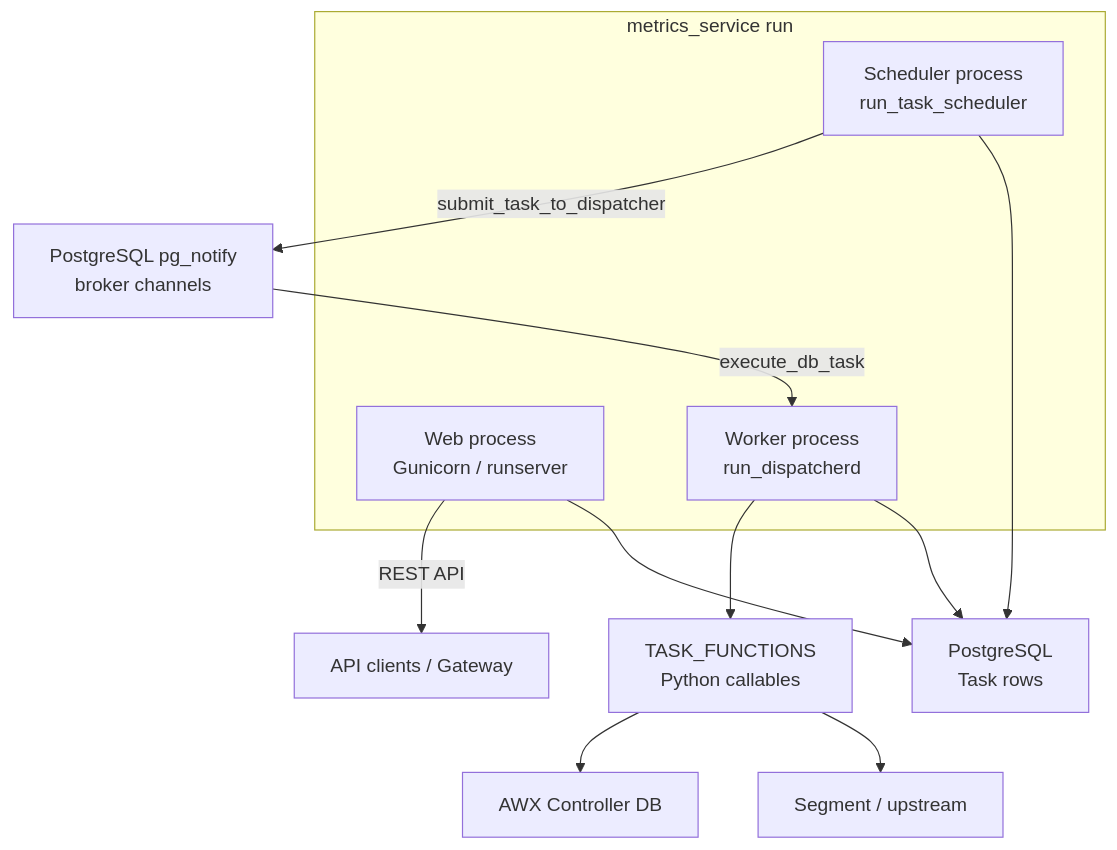
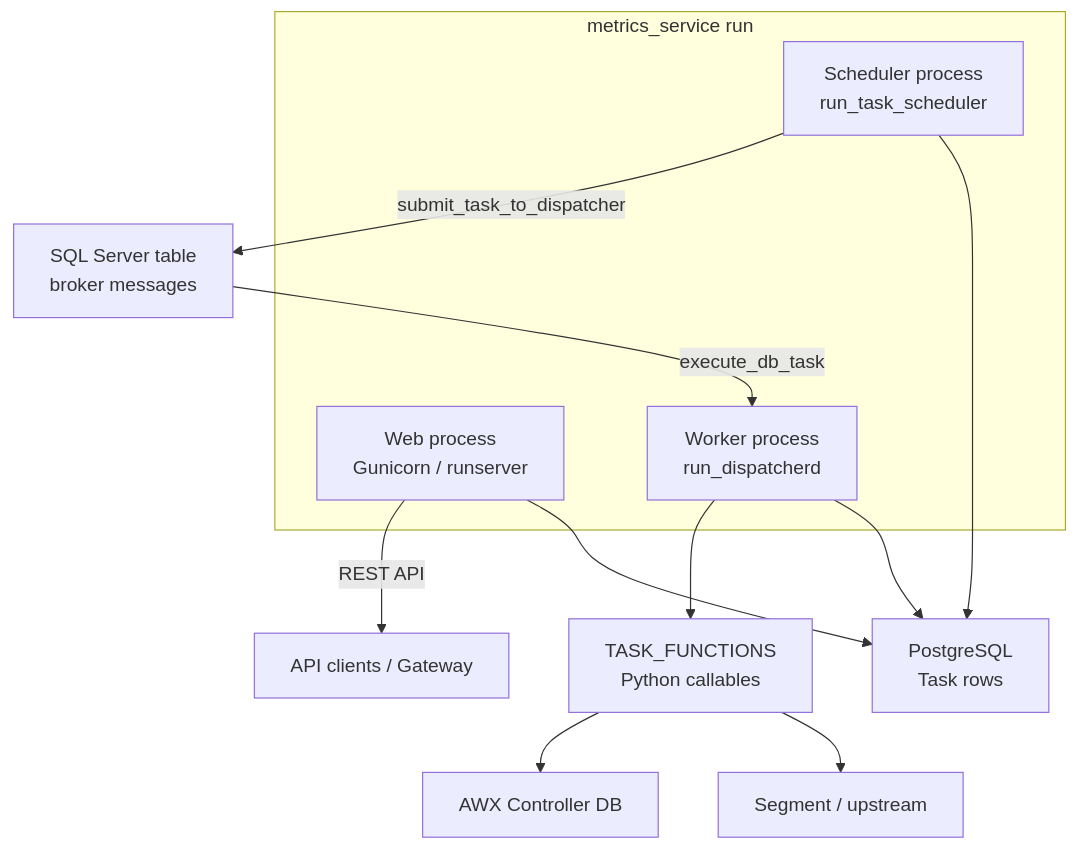
One commit to ansible/metrics-service changed the diagram in docs/README.md. Above: the diagram before and after it, drawn with Mermaid. The commit also changed other lines of this file and 13 other files, not shown here.

````diff
--- a/docs/README.md
+++ b/docs/README.md
@@ -12,18 +12,18 @@
 ```mermaid
 flowchart TB
     subgraph cli [metrics_service run]
         Web["Web process\nGunicorn / runserver"]
         Workers["Worker process\nrun_dispatcherd"]
         Scheduler["Scheduler process\nrun_task_scheduler"]
     end
 
     Web -->|"REST API"| APIClients["API clients / Gateway"]
-    Scheduler -->|"submit_task_to_dispatcher"| Broker["PostgreSQL pg_notify\nbroker channels"]
+    Scheduler -->|"submit_task_to_dispatcher"| Broker["SQL Server table\nbroker messages"]
     Broker -->|"execute_db_task"| Workers
     Workers --> TASK_FUNCS["TASK_FUNCTIONS\nPython callables"]
     Scheduler --> DB["PostgreSQL\nTask rows"]
     Workers --> DB
     Web --> DB
     TASK_FUNCS --> AWX["AWX Controller DB"]
     TASK_FUNCS --> Segment["Segment / upstream"]
 ```
````
